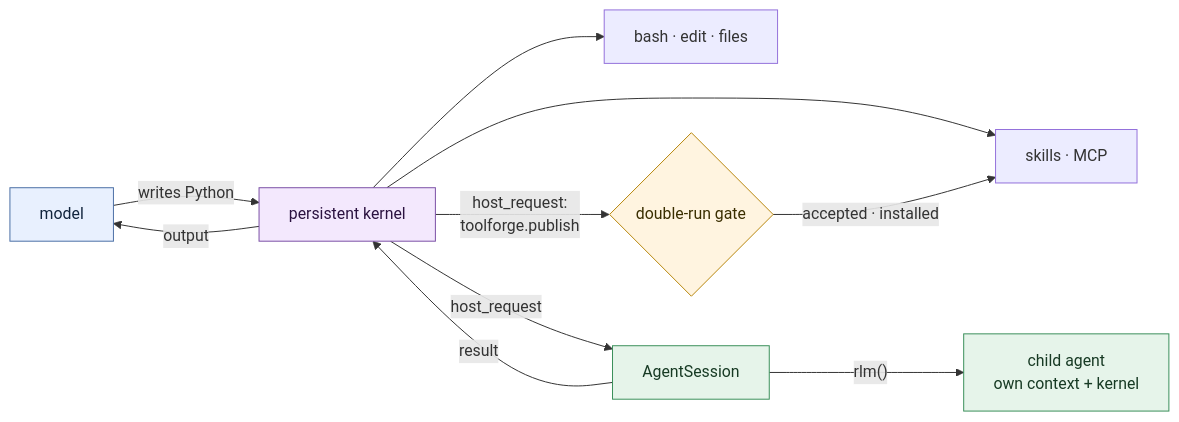
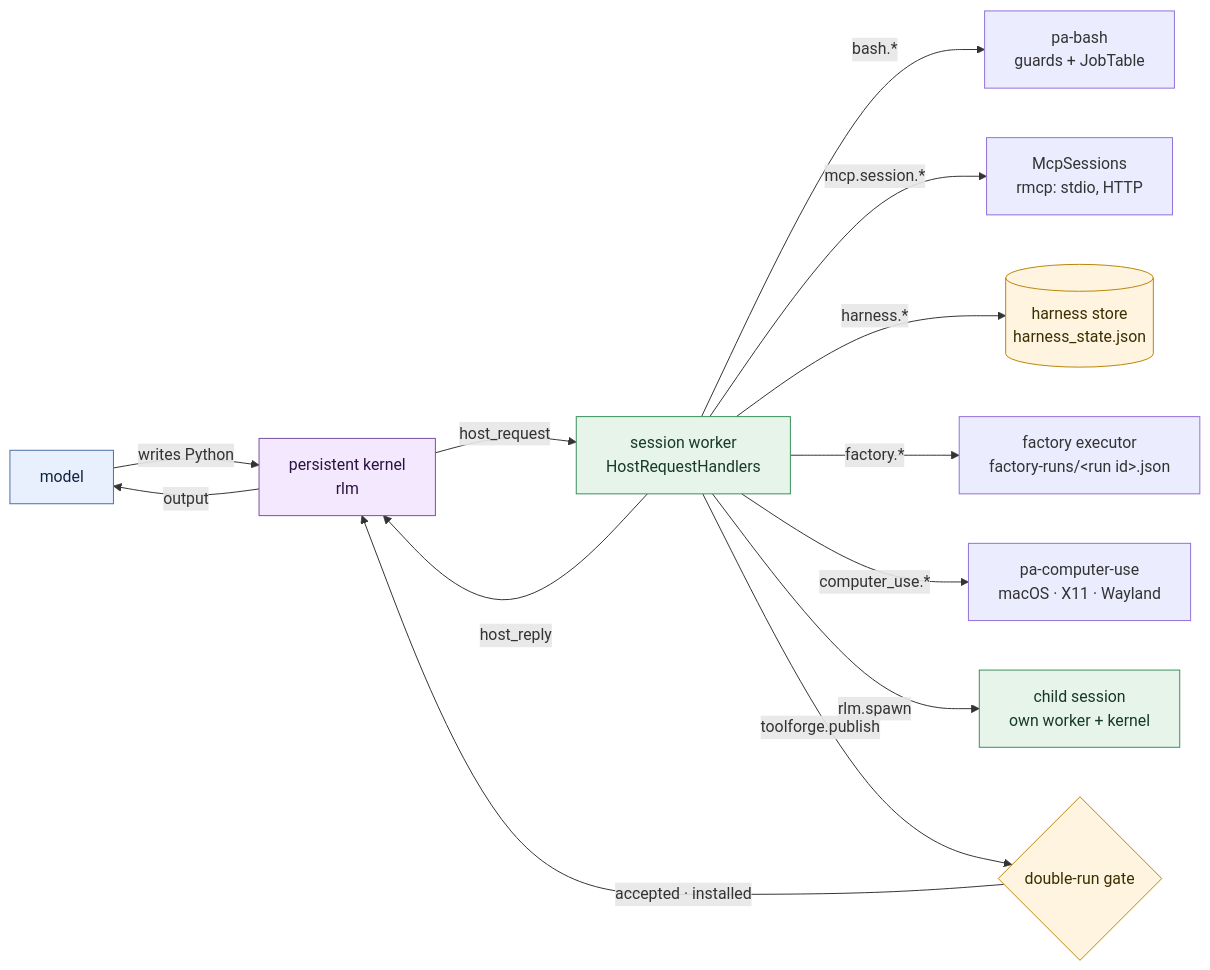
One commit to coleleavitt/prime-agent changed the fourth of 6 diagrams in FLOWCHART.md. Above: the diagram before and after it, drawn with Mermaid. The commit also changed other lines of this file and 4 other files, not shown here.

First line of the commit message:
docs: FLOWCHART and the architecture diagrams map the Rust crates

````diff
--- a/FLOWCHART.md
+++ b/FLOWCHART.md
@@ -117,18 +131,22 @@
 ```mermaid
 flowchart LR
-    M["model"] -->|"writes Python"| K["persistent kernel"]
+    M["model"] -->|"writes Python"| K["persistent kernel<br/>rlm"]
     K -->|"output"| M
-    K --> B["bash · edit · files"]
-    K --> SK["skills · MCP"]
-    K -->|"host_request"| H["AgentSession"]
-    H -->|"result"| K
-    H -->|"rlm()"| CH["child agent<br/>own context + kernel"]
-    K -->|"host_request:<br/>toolforge.publish"| TF{"double-run gate"}
-    TF -->|"accepted · installed"| SK
+    K -->|"host_request"| H["session worker<br/>HostRequestHandlers"]
+    H -->|"host_reply"| K
+    H -->|"bash.*"| BA["pa-bash<br/>guards + JobTable"]
+    H -->|"mcp.session.*"| MC["McpSessions<br/>rmcp: stdio, HTTP"]
+    H -->|"harness.*"| HS[("harness store<br/>harness_state.json")]
+    H -->|"factory.*"| FX["factory executor<br/>factory-runs/&lt;run id&gt;.json"]
+    H -->|"computer_use.*"| CU["pa-computer-use<br/>macOS · X11 · Wayland"]
+    H -->|"rlm.spawn"| CH["child session<br/>own worker + kernel"]
+    H -->|"toolforge.publish"| TF{"double-run gate"}
+    TF -->|"accepted · installed"| K
 
     style M fill:#e8f0fe,stroke:#4a6fa5,color:#11243d
     style K fill:#f3e8fd,stroke:#7a4fa5,color:#2b1240
     style H fill:#e6f4ea,stroke:#3a8f5a,color:#173a24
     style CH fill:#e6f4ea,stroke:#3a8f5a,color:#173a24
     style TF fill:#fff4e0,stroke:#b8860b,color:#3a2e00
+    style HS fill:#fff4e0,stroke:#b8860b,color:#3a2e00
 ```
````
